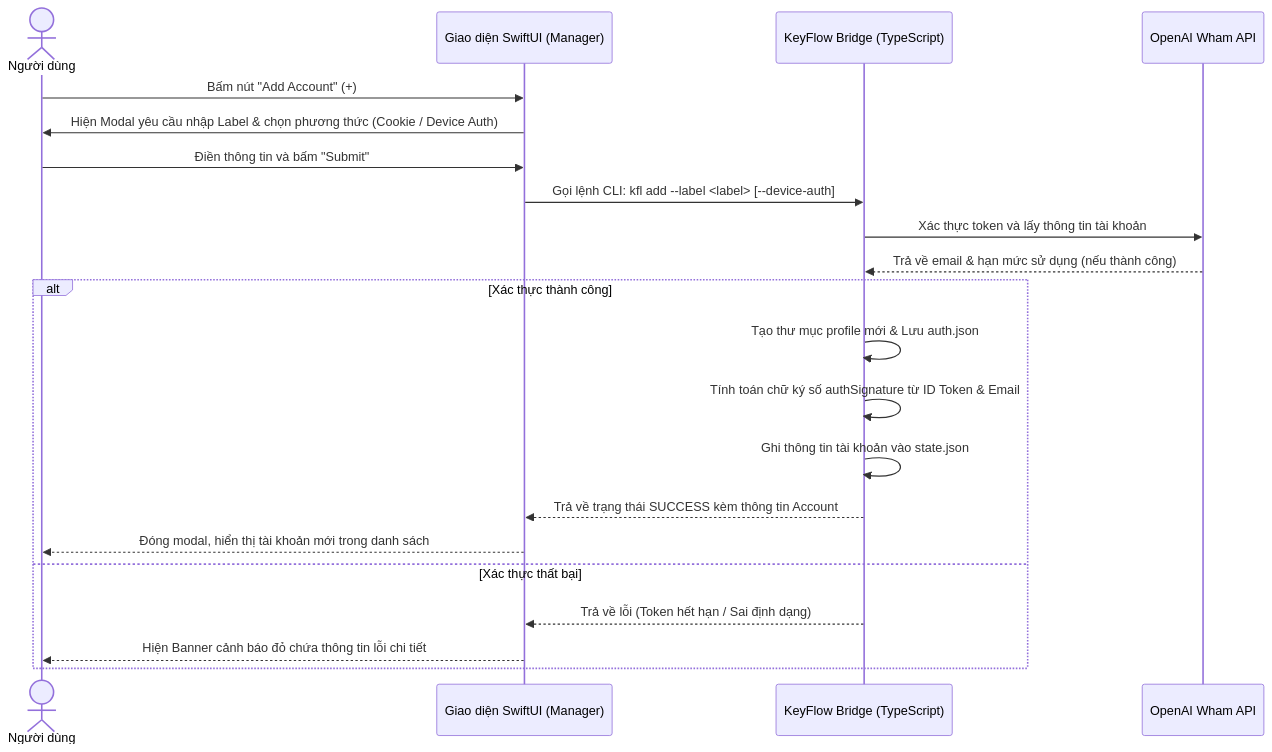
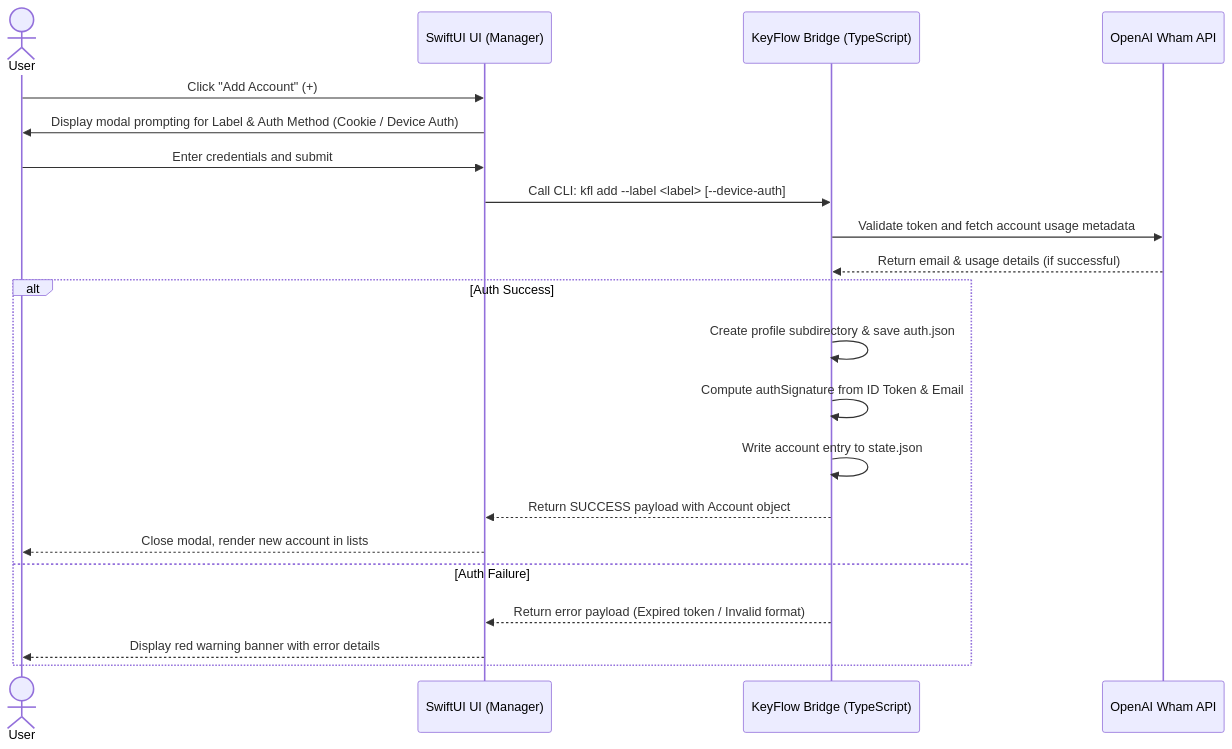
Before and after one commit to hbui290/keyflow: the first of 5 diagrams in USERFLOW.md, drawn with Mermaid. The commit also changed other lines of this file and 2 other files, not shown here.

````diff
--- a/USERFLOW.md
+++ b/USERFLOW.md
@@ -11,25 +11,25 @@
 ```mermaid
 sequenceDiagram
-    actor User as Người dùng
-    participant UI as Giao diện SwiftUI (Manager)
+    actor User as User
+    participant UI as SwiftUI UI (Manager)
     participant CLI as KeyFlow Bridge (TypeScript)
     participant API as OpenAI Wham API
 
-    User->>UI: Bấm nút "Add Account" (+)
-    UI->>User: Hiện Modal yêu cầu nhập Label & chọn phương thức (Cookie / Device Auth)
-    User->>UI: Điền thông tin và bấm "Submit"
-    UI->>CLI: Gọi lệnh CLI: kfl add --label <label> [--device-auth]
-    CLI->>API: Xác thực token và lấy thông tin tài khoản
-    API-->>CLI: Trả về email & hạn mức sử dụng (nếu thành công)
+    User->>UI: Click "Add Account" (+)
+    UI->>User: Display modal prompting for Label & Auth Method (Cookie / Device Auth)
+    User->>UI: Enter credentials and submit
+    UI->>CLI: Call CLI: kfl add --label <label> [--device-auth]
+    CLI->>API: Validate token and fetch account usage metadata
+    API-->>CLI: Return email & usage details (if successful)
     
-    alt Xác thực thành công
-        CLI->>CLI: Tạo thư mục profile mới & Lưu auth.json
-        CLI->>CLI: Tính toán chữ ký số authSignature từ ID Token & Email
-        CLI->>CLI: Ghi thông tin tài khoản vào state.json
-        CLI-->>UI: Trả về trạng thái SUCCESS kèm thông tin Account
-        UI-->>User: Đóng modal, hiển thị tài khoản mới trong danh sách
-    else Xác thực thất bại
-        CLI-->>UI: Trả về lỗi (Token hết hạn / Sai định dạng)
-        UI-->>User: Hiện Banner cảnh báo đỏ chứa thông tin lỗi chi tiết
+    alt Auth Success
+        CLI->>CLI: Create profile subdirectory & save auth.json
+        CLI->>CLI: Compute authSignature from ID Token & Email
+        CLI->>CLI: Write account entry to state.json
+        CLI-->>UI: Return SUCCESS payload with Account object
+        UI-->>User: Close modal, render new account in lists
+    else Auth Failure
+        CLI-->>UI: Return error payload (Expired token / Invalid format)
+        UI-->>User: Display red warning banner with error details
     end
 ```
````
